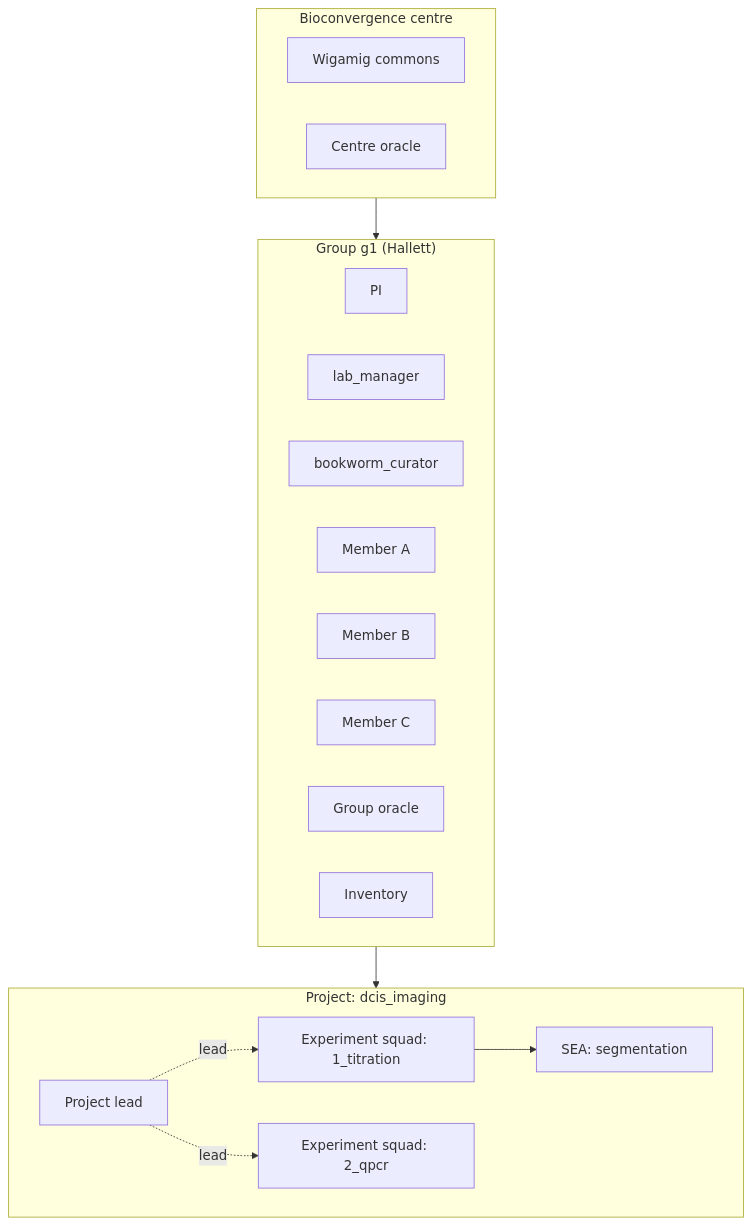
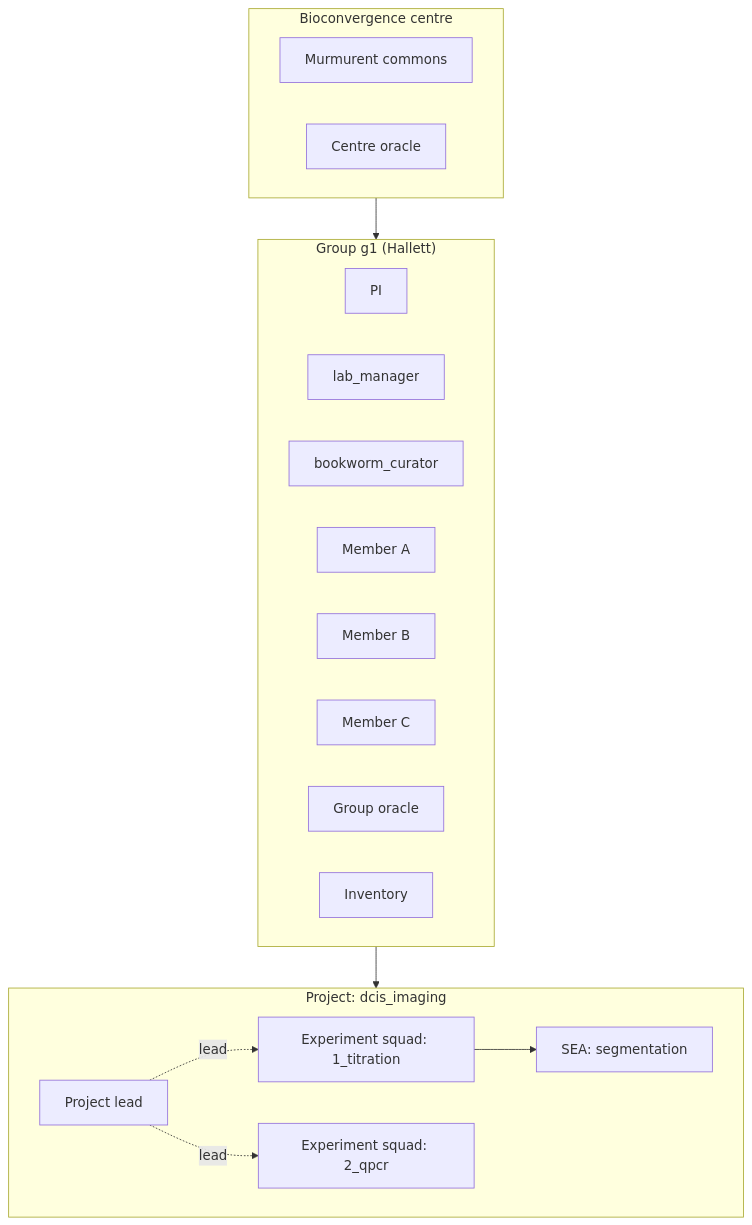
Before and after one commit to hallettmiket/murmurent: the first of 7 diagrams in docs/diagrams.md, drawn with Mermaid. The commit also changed other lines of this file and 38 other files, not shown here.

````diff
--- a/docs/diagrams.md
+++ b/docs/diagrams.md
@@ -16,28 +16,28 @@
 ```mermaid
 graph TB
     subgraph CENTRE["Bioconvergence centre"]
-        WC[Wigamig commons]
+        WC[Murmurent commons]
         OR[Centre oracle]
     end
     subgraph G1["Group g1 (Hallett)"]
         PI1[PI]
         LM1[lab_manager]
         BC1[bookworm_curator]
         M1[Member A]
         M2[Member B]
         M3[Member C]
         ORG1[Group oracle]
         INV1[Inventory]
     end
     subgraph PROJ["Project: dcis_imaging"]
         LEAD[Project lead]
         EN1[Experiment squad: 1_titration]
         EN2[Experiment squad: 2_qpcr]
         SEA1[SEA: segmentation]
     end
     CENTRE --> G1
     G1 --> PROJ
     LEAD -.lead.-> EN1
     LEAD -.lead.-> EN2
     EN1 --> SEA1
 ```
````
